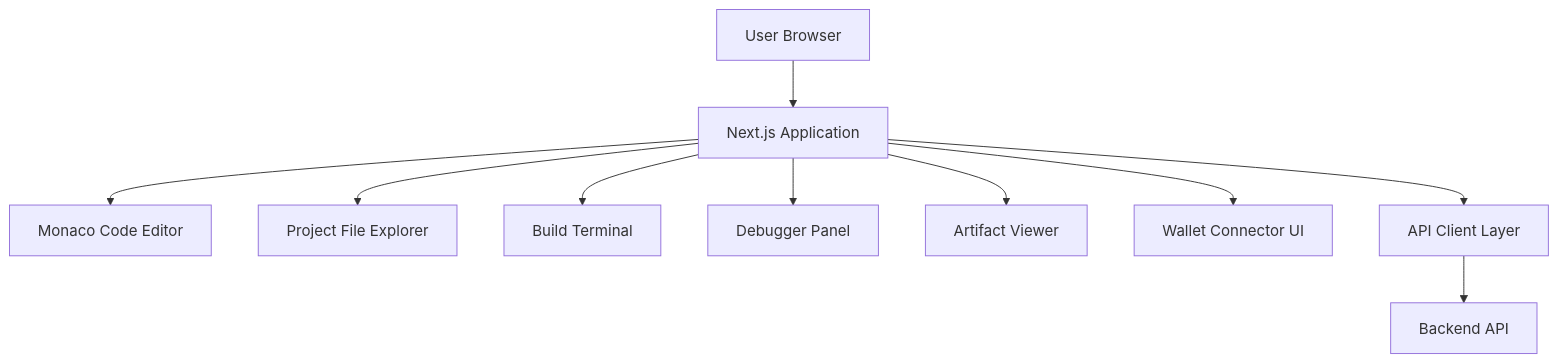
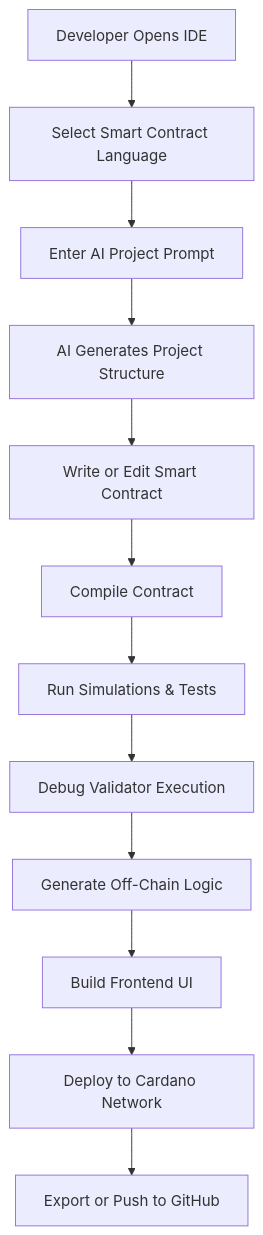
Before and after one commit to Daniella-Kamana/plutus-playground: the second of 10 diagrams in Requirements/Architecture diagram.md, drawn with Mermaid. The commit also changed other lines of this file, not shown here.

First line of the commit message:
Revise architecture and workflow diagrams

````diff
--- a/Requirements/Architecture diagram.md
+++ b/Requirements/Architecture diagram.md
@@ -61,19 +90,39 @@
 ```mermaid
 flowchart TD
 
-Browser[User Browser]
+Start[Developer Opens IDE]
 
-Browser --> Next[Next.js Application]
+Language[Select Smart Contract Language]
 
-Next --> Editor[Monaco Code Editor]
-Next --> FileTree[Project File Explorer]
-Next --> Terminal[Build Terminal]
-Next --> Debugger[Debugger Panel]
-Next --> ArtifactViewer[Artifact Viewer]
+Prompt[Enter AI Project Prompt]
 
-Next --> WalletUI[Wallet Connector UI]
+Generate[AI Generates Project Structure]
 
-Next --> APIClient[API Client Layer]
+Code[Write or Edit Smart Contract]
 
-APIClient --> BackendAPI[Backend API]
+Compile[Compile Contract]
+
+Test[Run Simulations & Tests]
+
+Debug[Debug Validator Execution]
+
+Integrate[Generate Off-Chain Logic]
+
+Frontend[Build Frontend UI]
+
+Deploy[Deploy to Cardano Network]
+
+Export[Export or Push to GitHub]
+
+Start --> Language
+Language --> Prompt
+Prompt --> Generate
+Generate --> Code
+Code --> Compile
+Compile --> Test
+Test --> Debug
+Debug --> Integrate
+Integrate --> Frontend
+Frontend --> Deploy
+Deploy --> Export
 ```
````
